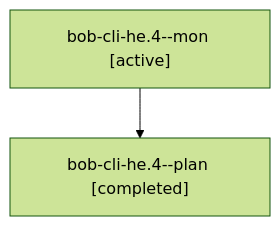
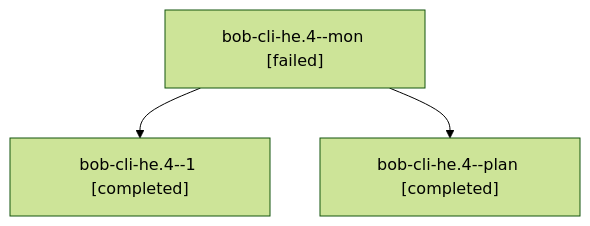
Before and after one commit to bobs-org/bob-cli--agents: the diagram in sessions/bbugyi200.athena.bob-cli-he.4.md, drawn with Mermaid (forest theme). The commit also changed other lines of this file and 43 other files, not shown here.

````diff
--- a/sessions/bbugyi200.athena.bob-cli-he.4.md
+++ b/sessions/bbugyi200.athena.bob-cli-he.4.md
@@ -9,6 +9,8 @@
 ```mermaid
 flowchart TD
-  n0["bob-cli-he.4--mon [active]"]
-  n1["bob-cli-he.4--plan [completed]"]
+  n0["bob-cli-he.4--mon [failed]"]
+  n1["bob-cli-he.4--1 [completed]"]
   n0 --> n1
+  n2["bob-cli-he.4--plan [completed]"]
+  n0 --> n2
 ```
````
